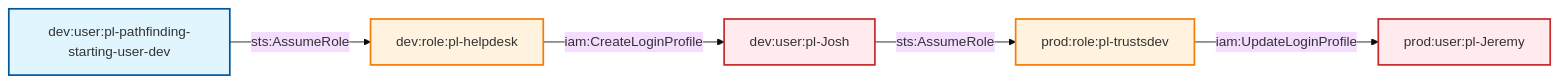
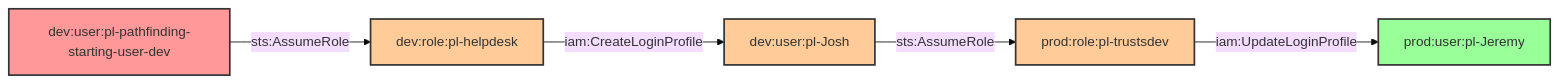
Before and after one commit to DataDog/pathfinding-labs: the diagram in modules/scenarios/cross-account/dev-to-prod/multi-hop/multi-hop-both-sides/README.md, drawn with Mermaid (base theme). The commit also changed other lines of this file and 109 other files, not shown here.

````diff
--- a/modules/scenarios/cross-account/dev-to-prod/multi-hop/multi-hop-both-sides/README.md
+++ b/modules/scenarios/cross-account/dev-to-prod/multi-hop/multi-hop-both-sides/README.md
@@ -18,26 +44,22 @@
 ```mermaid
 graph LR
     %% Nodes
     Pathfinding[dev:user:pl-pathfinding-starting-user-dev]
     Helpdesk[dev:role:pl-helpdesk]
     Josh[dev:user:pl-Josh]
     TrustsDev[prod:role:pl-trustsdev]
     Jeremy[prod:user:pl-Jeremy]
-    
+
     %% Edges
     Pathfinding -->|sts:AssumeRole| Helpdesk
     Helpdesk -->|iam:CreateLoginProfile| Josh
     Josh -->|sts:AssumeRole| TrustsDev
     TrustsDev -->|iam:UpdateLoginProfile| Jeremy
-    
+
     %% Styling
-    classDef userNode fill:#e1f5fe,stroke:#01579b,stroke-width:2px
-    classDef roleNode fill:#fff3e0,stroke:#f57c00,stroke-width:2px
-    classDef adminNode fill:#ffebee,stroke:#c62828,stroke-width:2px
-    
-    class Pathfinding userNode
-    class Helpdesk roleNode
-    class Josh adminNode
-    class TrustsDev roleNode
-    class Jeremy adminNode
+    style Pathfinding fill:#ff9999,stroke:#333,stroke-width:2px
+    style Helpdesk fill:#ffcc99,stroke:#333,stroke-width:2px
+    style Josh fill:#ffcc99,stroke:#333,stroke-width:2px
+    style TrustsDev fill:#ffcc99,stroke:#333,stroke-width:2px
+    style Jeremy fill:#99ff99,stroke:#333,stroke-width:2px
 ```
````
